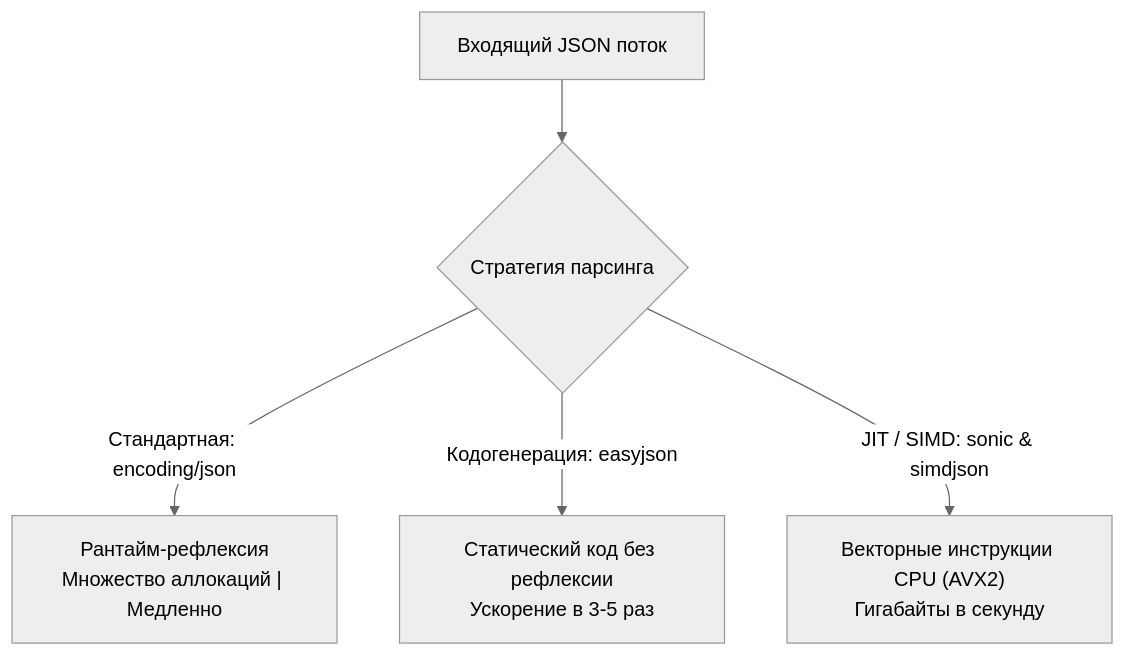
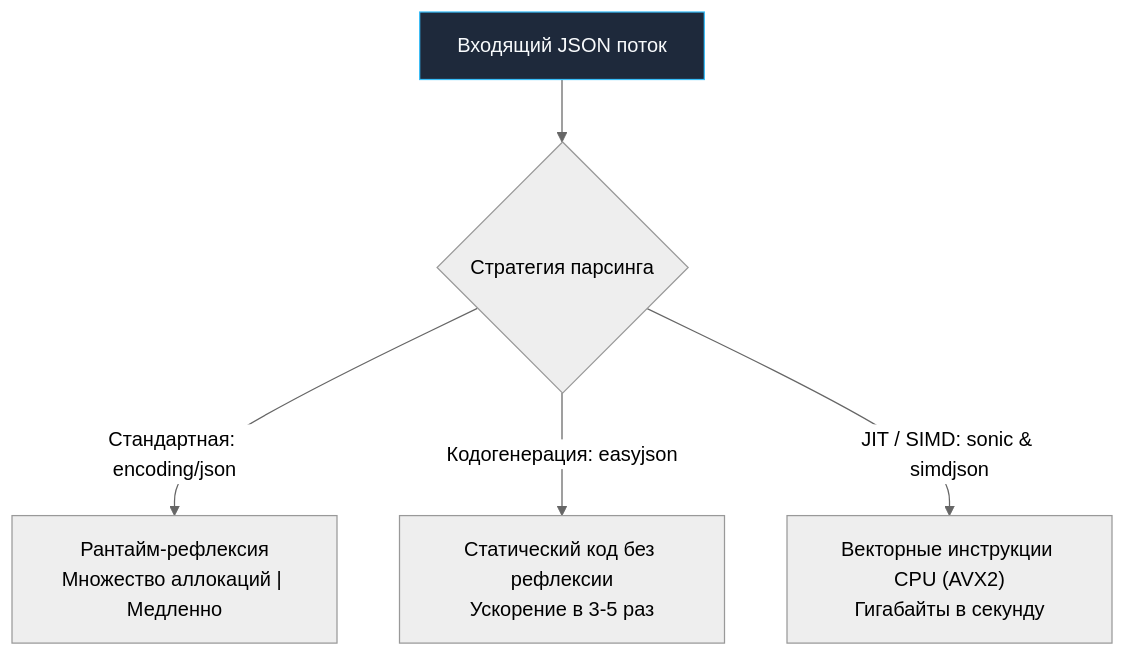
One commit to UnrealTemplier/go-textbook changed the fifth of 5 diagrams in sources/10. Проектирование API и Сетевые протоколы/39. API performance.md. Above: the diagram before and after it, drawn with Mermaid (neutral theme). The commit also changed other lines of this file and 1666 other files, not shown here.

First line of the commit message:
feat(mermaid): add semantic color classDef to 1369 colorless flowchart/graph diagrams

````diff
--- a/sources/10. Проектирование API и Сетевые протоколы/39. API performance.md
+++ b/sources/10. Проектирование API и Сетевые протоколы/39. API performance.md
@@ -270,7 +310,17 @@
 ```mermaid
 flowchart TD
-    JSON["Входящий JSON поток"] --> Opt{"Стратегия парсинга"}
+    classDef process  fill:#1e293b,stroke:#38bdf8,stroke-width:1px,color:#f8fafc
+    classDef success  fill:#064e3b,stroke:#34d399,stroke-width:1px,color:#f8fafc
+    classDef error    fill:#7f1d1d,stroke:#f87171,stroke-width:1px,color:#f8fafc
+    classDef warning  fill:#78350f,stroke:#fbbf24,stroke-width:1px,color:#f8fafc
+    classDef entry    fill:#1e3a5f,stroke:#38bdf8,stroke-width:2px,color:#f8fafc
+    classDef aux      fill:#334155,stroke:#64748b,stroke-width:1px,color:#f8fafc
+    classDef system   fill:#312e81,stroke:#a78bfa,stroke-width:1px,color:#f8fafc
+    classDef data     fill:#132d29,stroke:#2dd4bf,stroke-width:1px,color:#f8fafc
+    classDef network  fill:#881337,stroke:#fb7185,stroke-width:1px,color:#f8fafc
+    classDef accent   fill:#1e1b4b,stroke:#818cf8,stroke-width:1px,color:#f8fafc
+    JSON["Входящий JSON поток"]:::process --> Opt{"Стратегия парсинга"}
     Opt -->|"Стандартная: encoding/json"| Std["Рантайм-рефлексия\nМножество аллокаций | Медленно"]
     Opt -->|"Кодогенерация: easyjson"| Fast["Статический код без рефлексии\nУскорение в 3-5 раз"]
     Opt -->|"JIT / SIMD: sonic & simdjson"| Simd["Векторные инструкции CPU (AVX2)\nГигабайты в секунду"]
 ```
````
